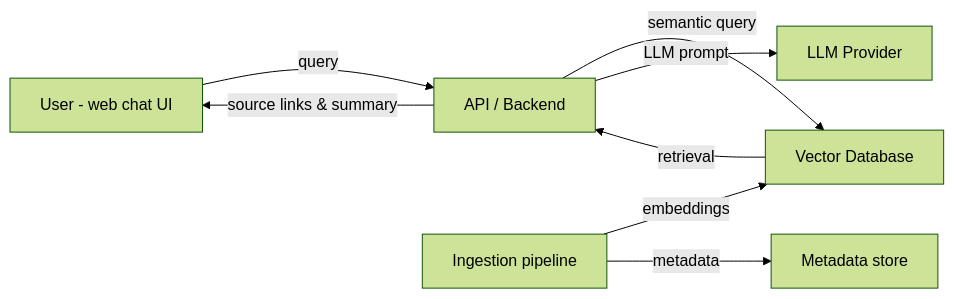
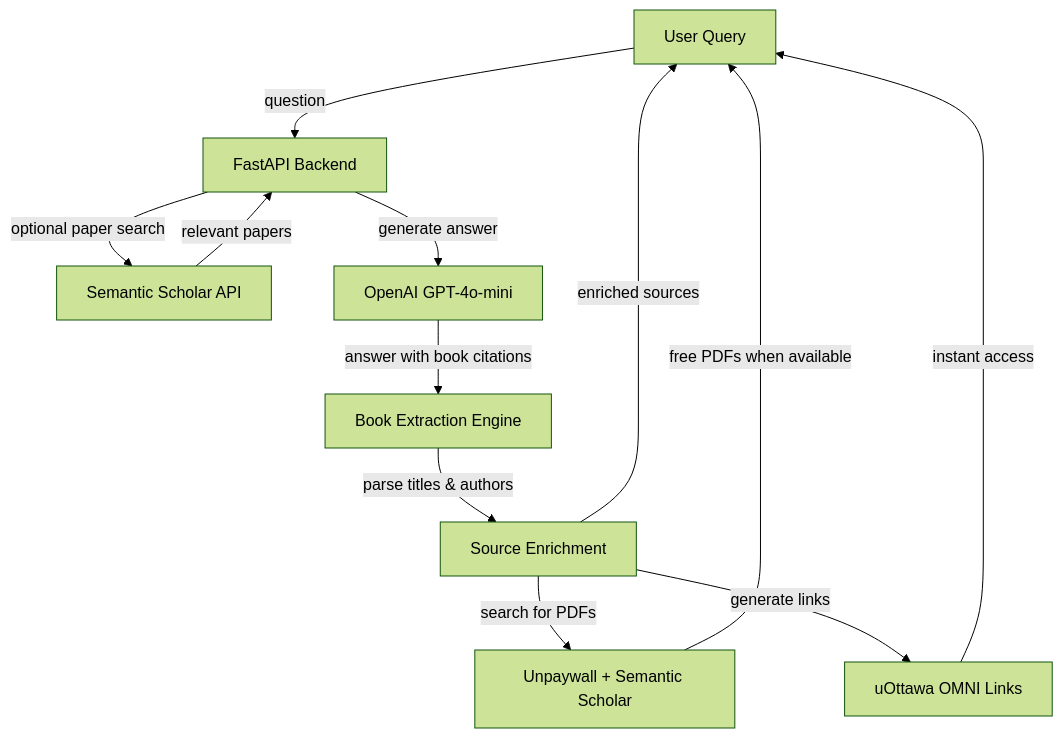
One commit to CharSiu8/GRAYSON changed the diagram in docs/overview.md. Above: the diagram before and after it, drawn with Mermaid (forest theme). The commit also changed other lines of this file and 3 other files, not shown here.

````diff
--- a/docs/overview.md
+++ b/docs/overview.md
@@ -22,10 +26,14 @@
 ```mermaid
-flowchart LR
-  User[User - web chat UI] -->|query| API[API / Backend]
-  API -->|semantic query| VectorDB[Vector Database]
-  API -->|LLM prompt| LLM[LLM Provider]
-  VectorDB -->|retrieval| API
-  API -->|source links & summary| User
-  Ingestor[Ingestion pipeline] -->|embeddings| VectorDB
-  Ingestor -->|metadata| DB[Metadata store]
+flowchart TB
+  User[User Query] -->|question| API[FastAPI Backend]
+  API -->|optional paper search| Semantic[Semantic Scholar API]
+  Semantic -->|relevant papers| API
+  API -->|generate answer| LLM[OpenAI GPT-4o-mini]
+  LLM -->|answer with book citations| Extract[Book Extraction Engine]
+  Extract -->|parse titles & authors| Enrich[Source Enrichment]
+  Enrich -->|search for PDFs| PDF[Unpaywall + Semantic Scholar]
+  Enrich -->|generate links| Library[uOttawa OMNI Links]
+  Library -->|instant access| User
+  PDF -->|free PDFs when available| User
+  Enrich -->|enriched sources| User
 ```
````
